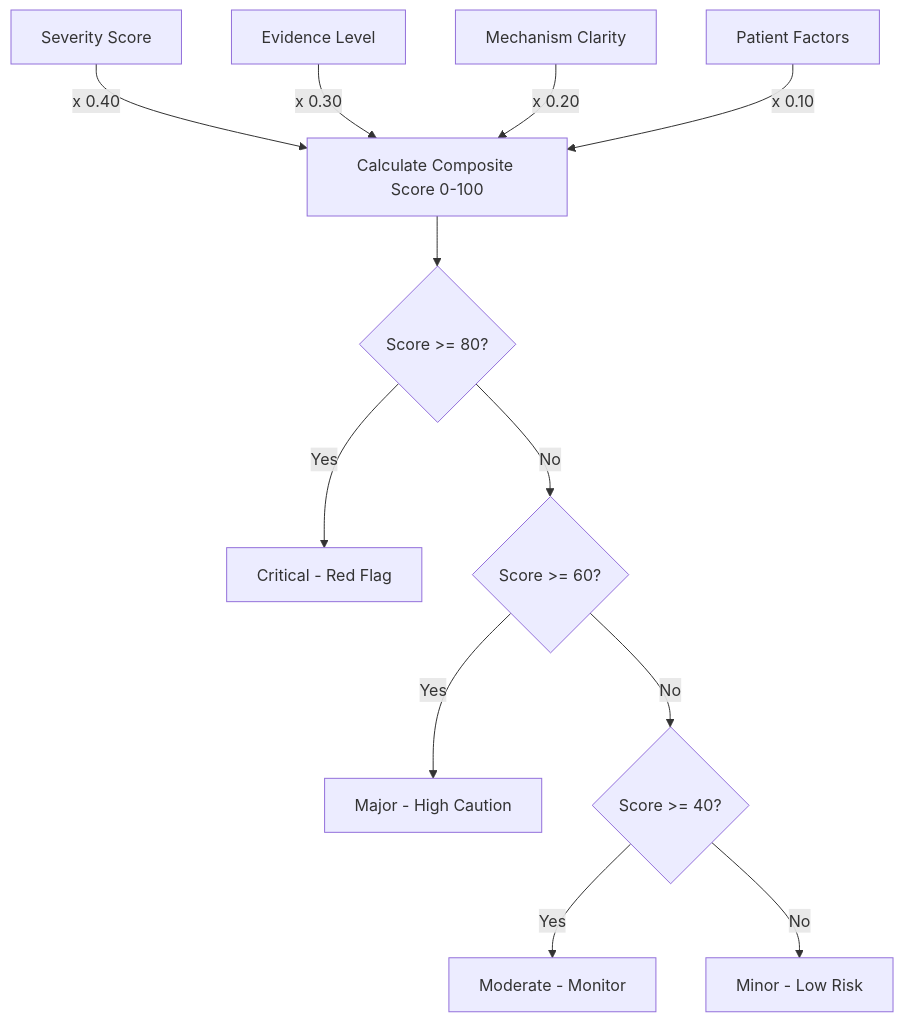
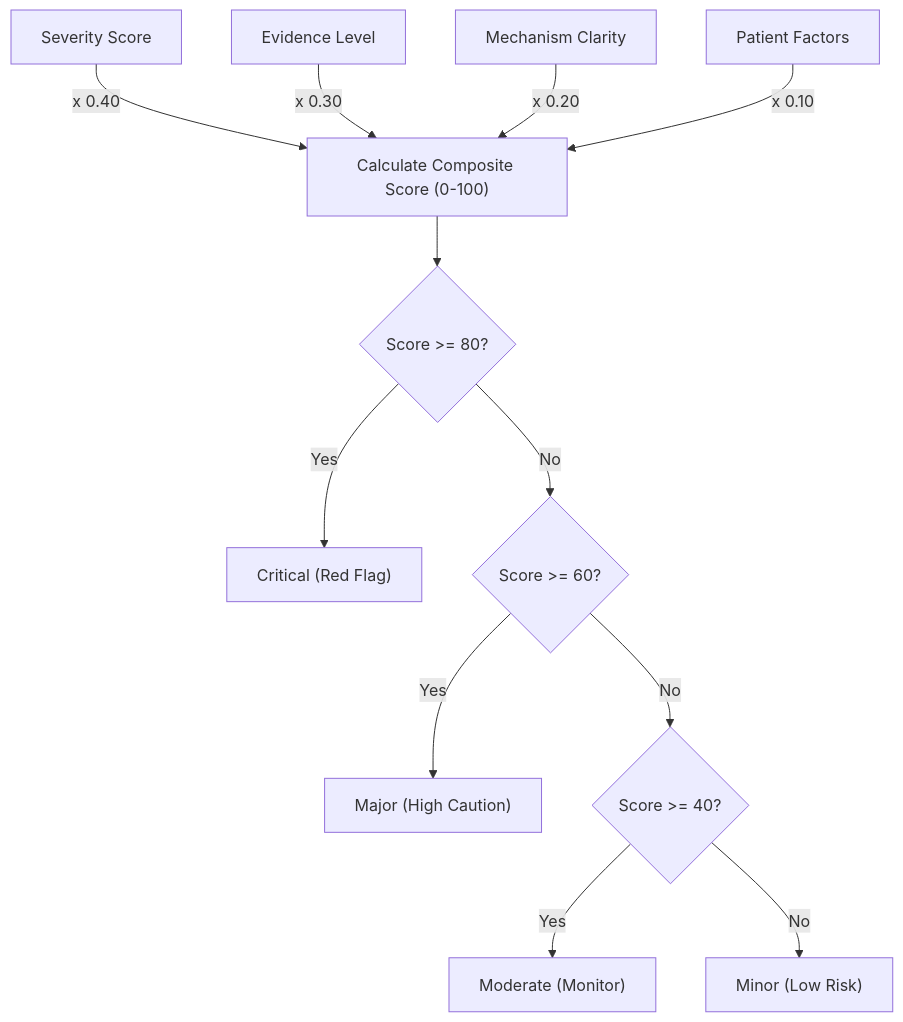
The fourth of 9 diagrams in README.md (icemberg/Aushnexa_BioLumina---an-AI-powered-Ayurveda-Allopathy-Drug-Interaction-Platform.), drawn with Mermaid before and after one commit. The commit also changed other lines of this file and 1 other file, not shown here.

````diff
--- a/README.md
+++ b/README.md
@@ -236,19 +239,19 @@
 ```mermaid
 flowchart TD
-    S[Severity Score] -->|x 0.40| Total
-    E[Evidence Level] -->|x 0.30| Total
-    M[Mechanism Clarity] -->|x 0.20| Total
-    P[Patient Factors] -->|x 0.10| Total
+    S["Severity Score"] -->|x 0.40| Total
+    E["Evidence Level"] -->|x 0.30| Total
+    M["Mechanism Clarity"] -->|x 0.20| Total
+    P["Patient Factors"] -->|x 0.10| Total
 
-    Total[Calculate Composite Score 0-100]
+    Total["Calculate Composite Score (0-100)"]
 
-    Total --> Cond1{Score >= 80?}
-    Cond1 -- Yes --> C[Critical - Red Flag]
-    Cond1 -- No --> Cond2{Score >= 60?}
+    Total --> Cond1{"Score >= 80?"}
+    Cond1 -- Yes --> C["Critical (Red Flag)"]
+    Cond1 -- No --> Cond2{"Score >= 60?"}
     
-    Cond2 -- Yes --> Maj[Major - High Caution]
-    Cond2 -- No --> Cond3{Score >= 40?}
+    Cond2 -- Yes --> Maj["Major (High Caution)"]
+    Cond2 -- No --> Cond3{"Score >= 40?"}
     
-    Cond3 -- Yes --> Mod[Moderate - Monitor]
-    Cond3 -- No --> Min[Minor - Low Risk]
+    Cond3 -- Yes --> Mod["Moderate (Monitor)"]
+    Cond3 -- No --> Min["Minor (Low Risk)"]
 ```
````
